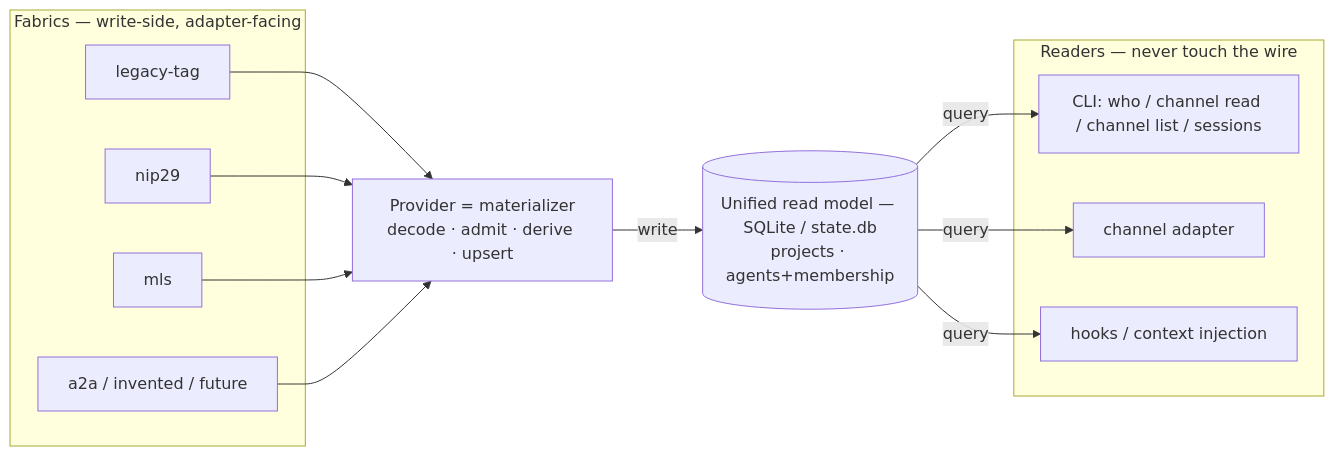
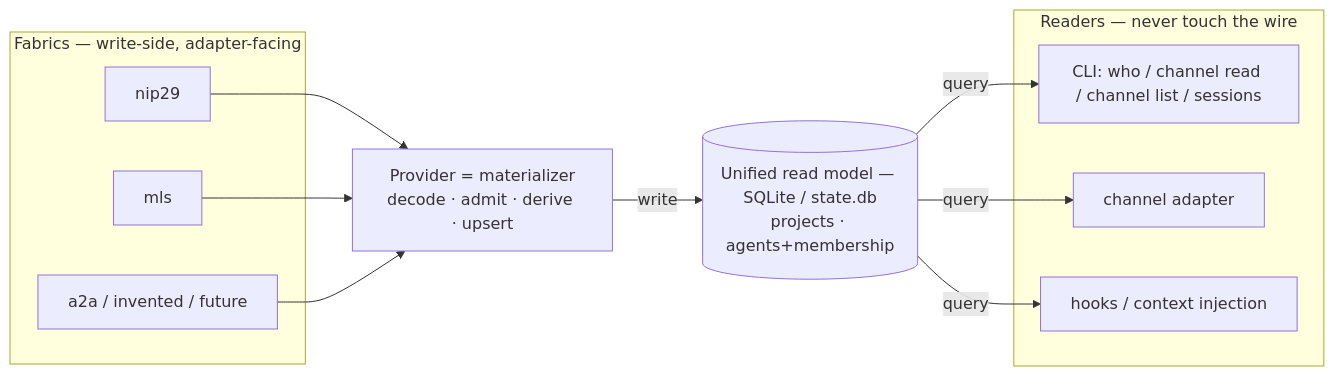
Before and after one commit to pablof7z/tenex-edge: the second of 6 diagrams in docs/fabric-architecture.md, drawn with Mermaid. The commit also changed other lines of this file and 479 other files, not shown here.

````diff
--- a/docs/fabric-architecture.md
+++ b/docs/fabric-architecture.md
@@ -139,24 +133,22 @@
 ```mermaid
 flowchart LR
     subgraph FABRICS["Fabrics — write-side, adapter-facing"]
-        F1["legacy-tag"]
-        F2["nip29"]
-        F3["mls"]
-        F4["a2a / invented / future"]
+        F1["nip29"]
+        F2["mls"]
+        F3["a2a / invented / future"]
     end
     MAT["Provider = materializer<br/>decode · admit · derive · upsert"]
     STORE[("Unified read model — SQLite / state.db<br/>projects · agents+membership")]
     subgraph READERS["Readers — never touch the wire"]
         R1["CLI: who / channel read / channel list / sessions"]
         R2["channel adapter"]
         R3["hooks / context injection"]
     end
     F1 --> MAT
     F2 --> MAT
     F3 --> MAT
-    F4 --> MAT
     MAT -- write --> STORE
     STORE -- query --> R1
     STORE -- query --> R2
     STORE -- query --> R3
 ```
````
